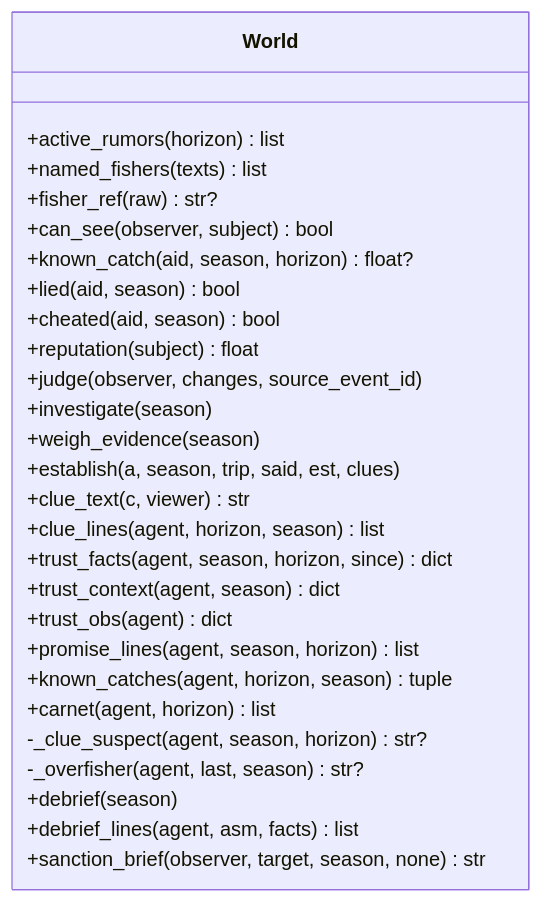
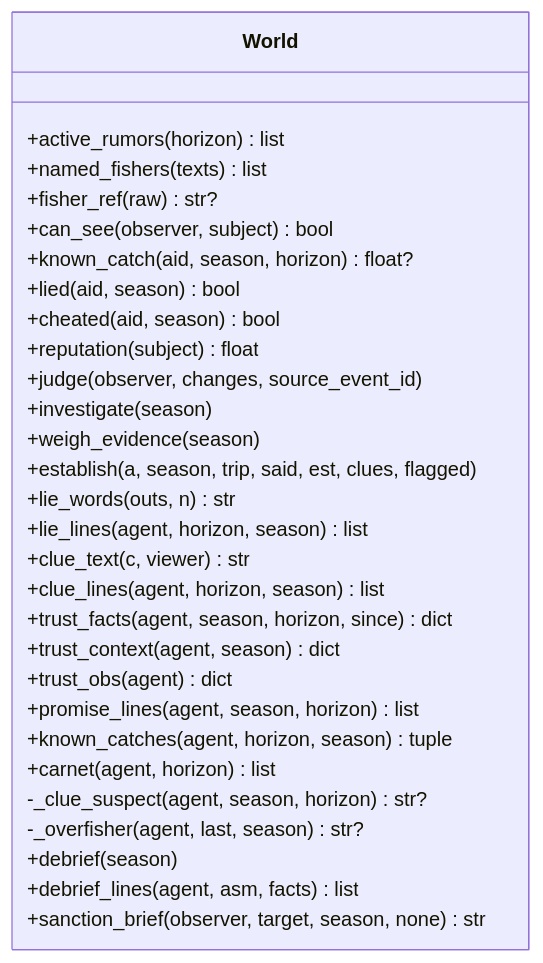
Before and after one commit to Romain-LM-Dev/Projet-Parcours---Filets-de-Vellmor: the fifth of 14 diagrams in docs/uml/classes-monde.md, drawn with Mermaid. The commit also changed other lines of this file and 14 other files, not shown here.

````diff
--- a/docs/uml/classes-monde.md
+++ b/docs/uml/classes-monde.md
@@ -237,30 +246,32 @@
 ```mermaid
 classDiagram
     class World {
         +active_rumors(horizon) list
         +named_fishers(texts) list
         +fisher_ref(raw) str?
         +can_see(observer, subject) bool
         +known_catch(aid, season, horizon) float?
         +lied(aid, season) bool
         +cheated(aid, season) bool
         +reputation(subject) float
         +judge(observer, changes, source_event_id)
         +investigate(season)
         +weigh_evidence(season)
-        +establish(a, season, trip, said, est, clues)
+        +establish(a, season, trip, said, est, clues, flagged)
+        +lie_words(outs, n) str
+        +lie_lines(agent, horizon, season) list
         +clue_text(c, viewer) str
         +clue_lines(agent, horizon, season) list
         +trust_facts(agent, season, horizon, since) dict
         +trust_context(agent, season) dict
         +trust_obs(agent) dict
         +promise_lines(agent, season, horizon) list
         +known_catches(agent, horizon, season) tuple
         +carnet(agent, horizon) list
         -_clue_suspect(agent, season, horizon) str?
         -_overfisher(agent, last, season) str?
         +debrief(season)
         +debrief_lines(agent, asm, facts) list
         +sanction_brief(observer, target, season, none) str
     }
 ```
````
